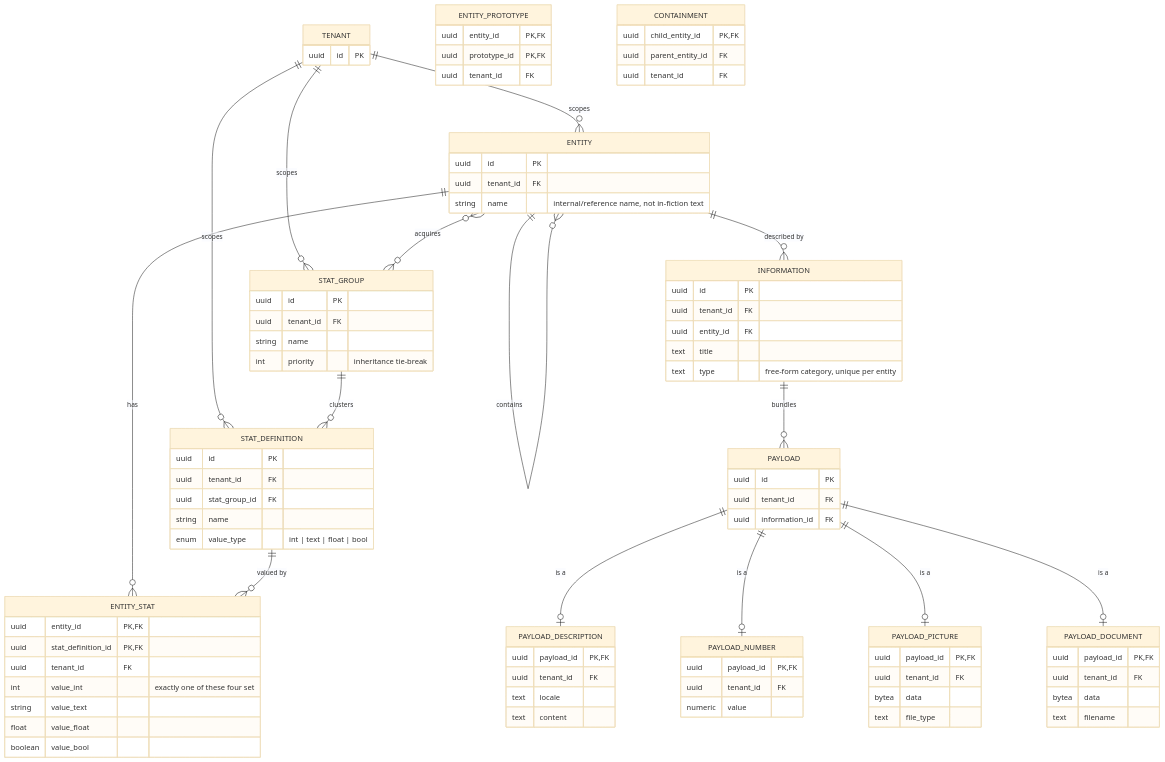
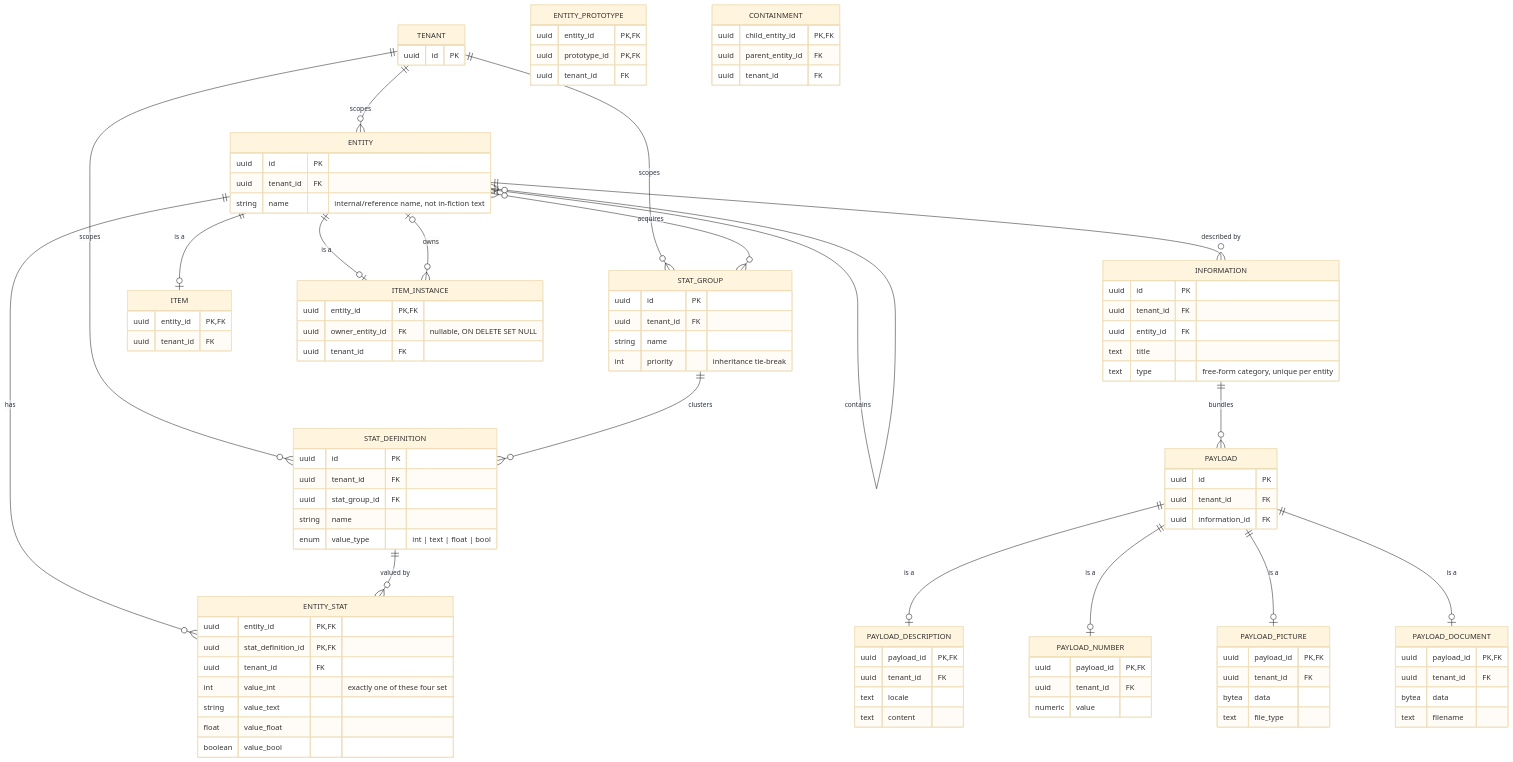
One commit to ramsesoriginal/lorenzo changed the diagram in docs/architecture/diagrams/domain-model-er.md. Above: the diagram before and after it, drawn with Mermaid (base theme). The commit also changed other lines of this file and 14 other files, not shown here.

````diff
--- a/docs/architecture/diagrams/domain-model-er.md
+++ b/docs/architecture/diagrams/domain-model-er.md
@@ -19,6 +19,9 @@
     PAYLOAD ||--o| PAYLOAD_NUMBER : "is a"
     PAYLOAD ||--o| PAYLOAD_PICTURE : "is a"
     PAYLOAD ||--o| PAYLOAD_DOCUMENT : "is a"
+    ENTITY ||--o| ITEM : "is a"
+    ENTITY ||--o| ITEM_INSTANCE : "is a"
+    ENTITY o|--o{ ITEM_INSTANCE : owns
 
     TENANT {
         uuid id PK
@@ -95,4 +98,13 @@
         bytea data
         text filename
     }
+    ITEM {
+        uuid entity_id PK,FK
+        uuid tenant_id FK
+    }
+    ITEM_INSTANCE {
+        uuid entity_id PK,FK
+        uuid owner_entity_id FK "nullable, ON DELETE SET NULL"
+        uuid tenant_id FK
+    }
 ```
````
